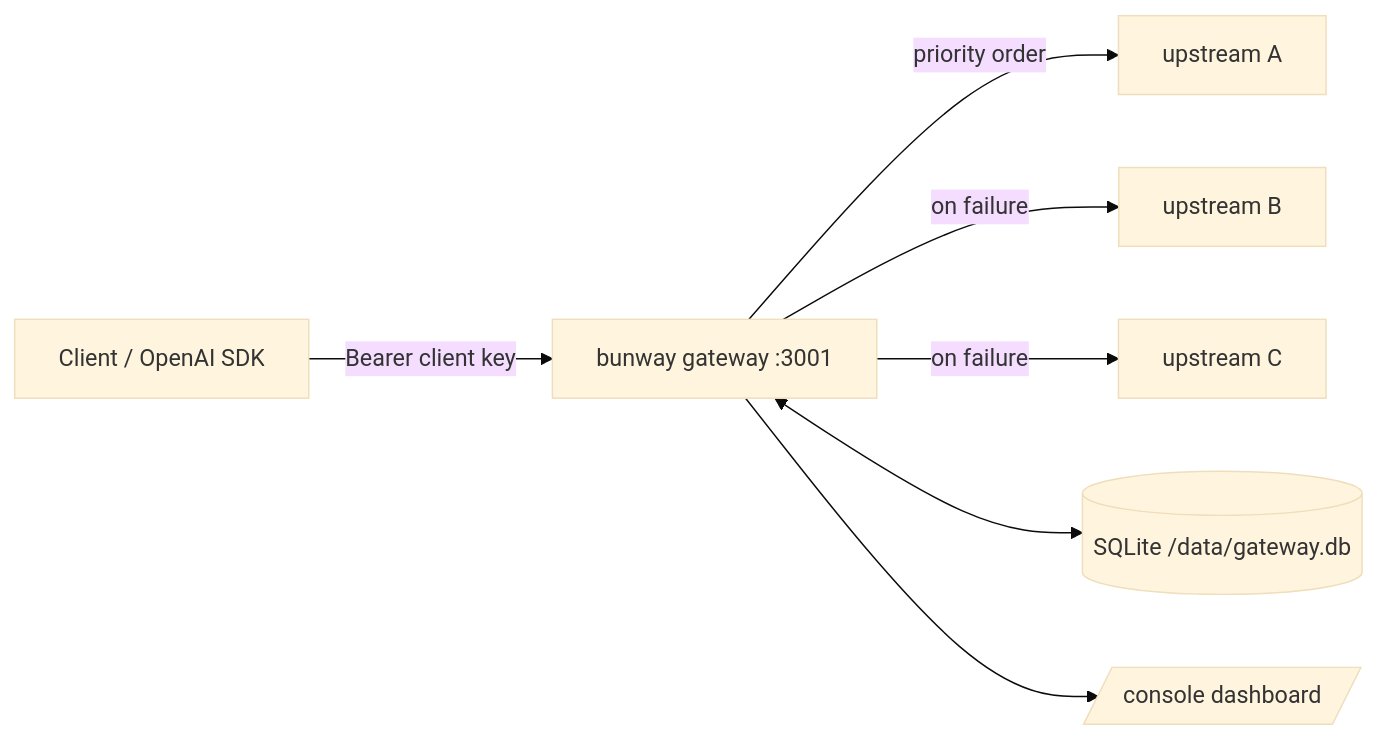
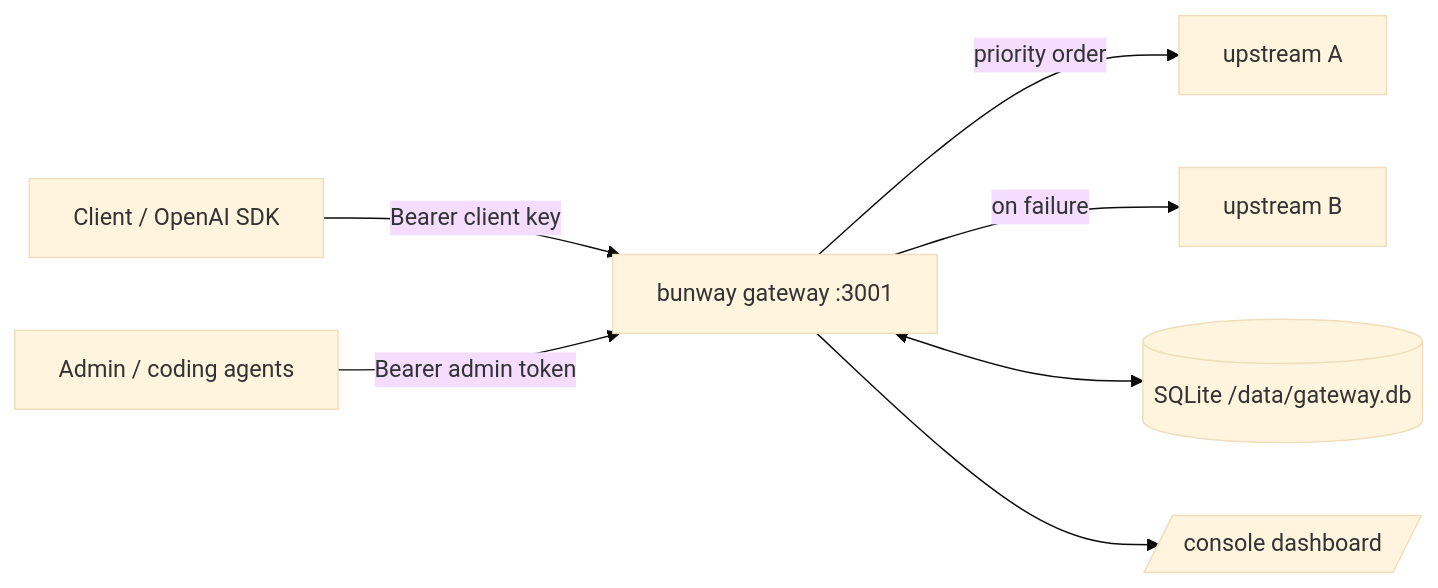
Before and after one commit to 35iter-cn/bunway: the first of 2 diagrams in docs/gateway.md, drawn with Mermaid (base theme). The commit also changed other lines of this file and 6 other files, not shown here.

Commit message:
feat: provider-level extra_headers (static upstream headers); docs: agents config guide, request lifecycle sequence diagram

````diff
--- a/docs/gateway.md
+++ b/docs/gateway.md
@@ -9,9 +9,9 @@
 ```mermaid
 flowchart LR
     C[Client / OpenAI SDK] -->|Bearer client key| G[bunway gateway :3001]
     G -->|priority order| P1[upstream A]
     G -->|on failure| P2[upstream B]
-    G -->|on failure| P3[upstream C]
     G <--> S[(SQLite /data/gateway.db)]
     G --> D[/console dashboard/]
+    A2[Admin / coding agents] -->|Bearer admin token| G
 ```
````
